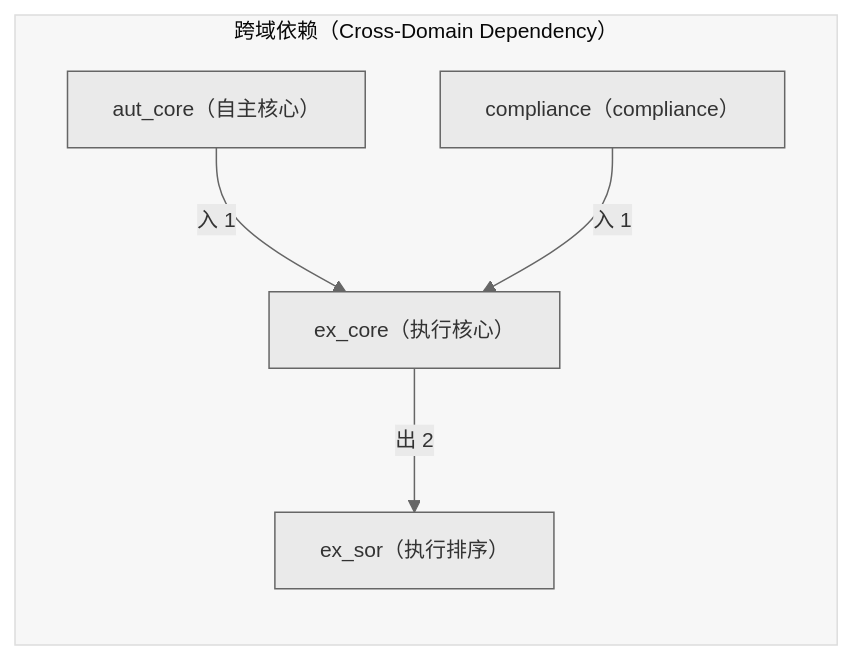
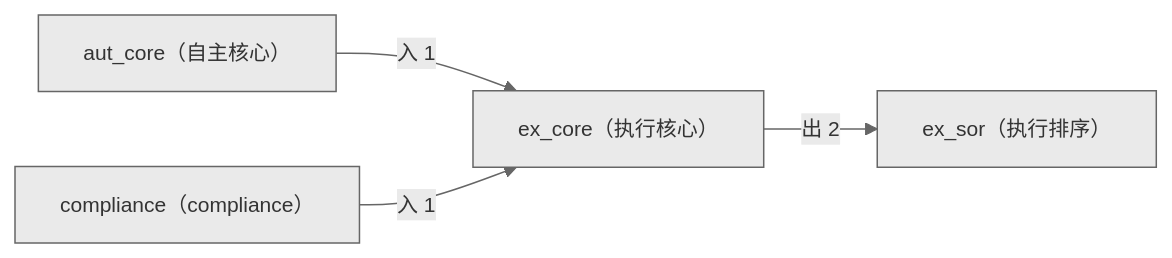
One commit to xuanFelixVan/ZephyrAlpha changed the second of 2 diagrams in docs/02_enterprise_architecture/06_decision_architecture/14_decision_l3_ex_core.md. Above: the diagram before and after it, drawn with Mermaid. The commit also changed other lines of this file and 23 other files, not shown here.

First line of the commit message:
fix(decision-diagram): 去掉 subgraph + 加 secondaryColor 修复节点白色

````diff
--- a/docs/02_enterprise_architecture/06_decision_architecture/14_decision_l3_ex_core.md
+++ b/docs/02_enterprise_architecture/06_decision_architecture/14_decision_l3_ex_core.md
@@ -112,13 +112,11 @@
 ```mermaid
-%%{init: {'theme': 'base', 'themeVariables': {'primaryColor': '#eaeaea', 'primaryTextColor': '#333333', 'primaryBorderColor': '#666666', 'lineColor': '#666666', 'fontSize': '14px'}}}%%
+%%{init: {'theme': 'base', 'themeVariables': {'primaryColor': '#eaeaea', 'primaryTextColor': '#333333', 'primaryBorderColor': '#666666', 'lineColor': '#666666', 'secondaryColor': '#eaeaea', 'tertiaryColor': '#eaeaea', 'fontSize': '14px'}}}%%
 flowchart LR
-    subgraph cd_sg["跨域依赖（Cross-Domain Dependency）"]
-        SELF["ex_core（执行核心）"]
-        EXT_ex_sor["ex_sor（执行排序）"]
-        SELF -->|出 2| EXT_ex_sor
-        EXT_aut_core["aut_core（自主核心）"]
-        EXT_aut_core -->|入 1| SELF
-        EXT_compliance["compliance（compliance）"]
-        EXT_compliance -->|入 1| SELF
-    end
+    SELF["ex_core（执行核心）"]
+    EXT_ex_sor["ex_sor（执行排序）"]
+    SELF -->|出 2| EXT_ex_sor
+    EXT_aut_core["aut_core（自主核心）"]
+    EXT_aut_core -->|入 1| SELF
+    EXT_compliance["compliance（compliance）"]
+    EXT_compliance -->|入 1| SELF
 ```
````
